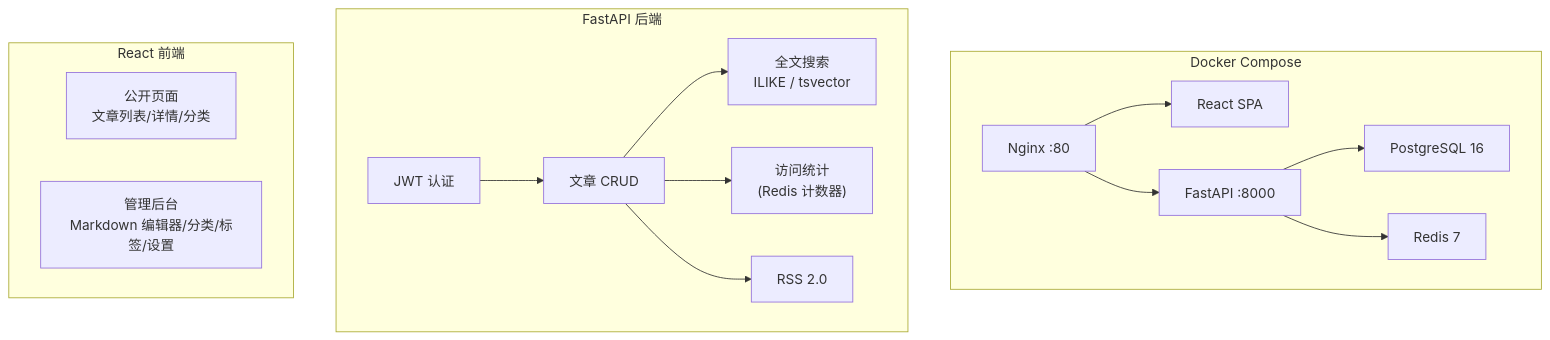
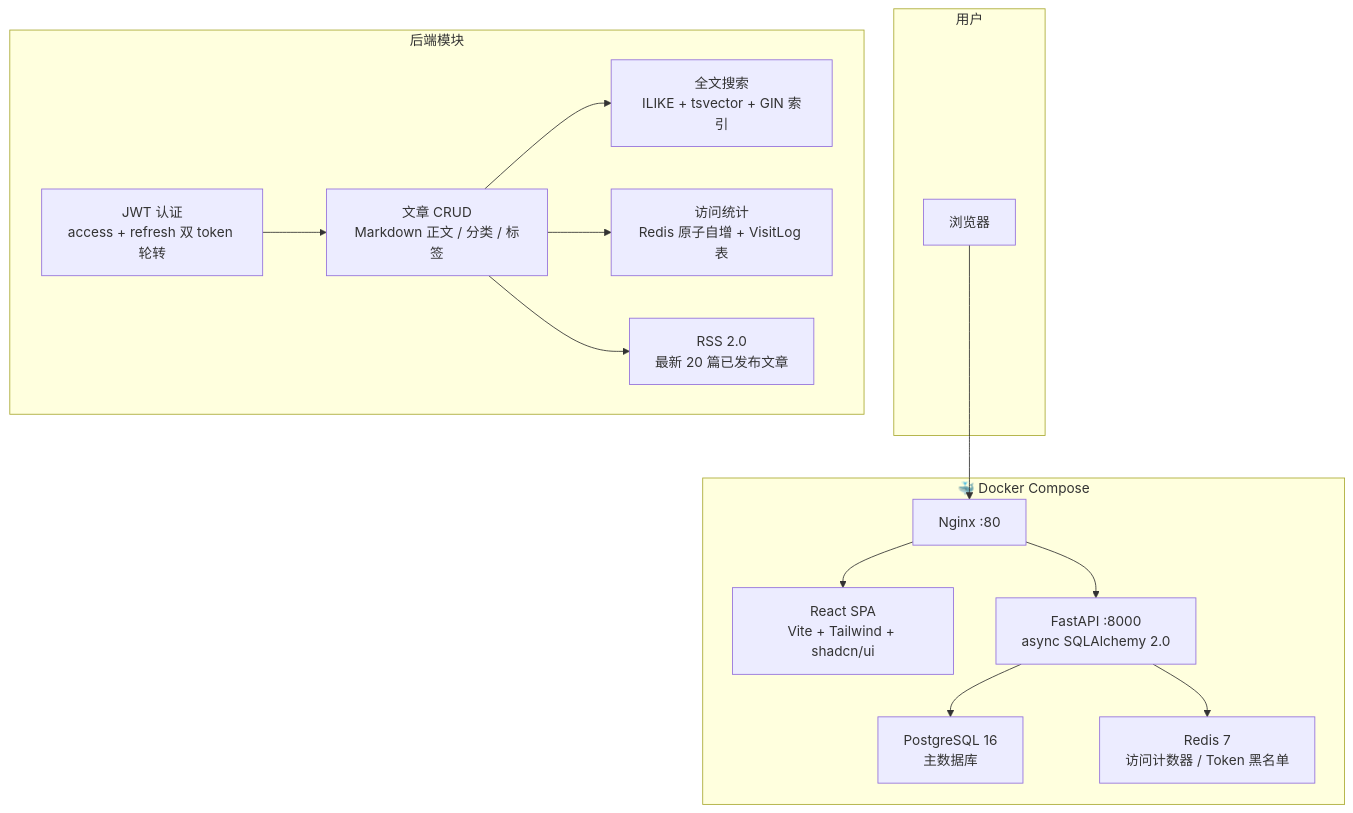
Before and after one commit to panzhaohu666/personal_blog: the diagram in README.md, drawn with Mermaid. The commit also changed other lines of this file, not shown here.

Commit message:
docs: comprehensive README with architecture, API table, env vars, deep features

````diff
--- a/README.md
+++ b/README.md
@@ -16,21 +20,27 @@
 ```mermaid
 graph TB
-    subgraph Docker["Docker Compose"]
-        N["Nginx :80"] --> F["React SPA"]
-        N --> B["FastAPI :8000"]
-        B --> P["PostgreSQL 16"]
-        B --> R["Redis 7"]
+    subgraph 用户
+        Browser["浏览器"]
     end
 
-    subgraph Backend["FastAPI 后端"]
-        Auth["JWT 认证"] --> Posts["文章 CRUD"]
-        Posts --> Search["全文搜索<br/>ILIKE / tsvector"]
-        Posts --> Stats["访问统计<br/>(Redis 计数器)"]
-        Posts --> RSS["RSS 2.0"]
+    subgraph Docker["🐳 Docker Compose"]
+        N["Nginx :80"] --> Frontend["React SPA<br/>Vite + Tailwind + shadcn/ui"]
+        N --> Backend["FastAPI :8000<br/>async SQLAlchemy 2.0"]
+        Backend --> PG["PostgreSQL 16<br/>主数据库"]
+        Backend --> R["Redis 7<br/>访问计数器 / Token 黑名单"]
     end
 
-    subgraph Frontend["React 前端"]
-        Public["公开页面<br/>文章列表/详情/分类"] 
-        Admin["管理后台<br/>Markdown 编辑器/分类/标签/设置"]
+    subgraph Backend_内部["后端模块"]
+        Auth["JWT 认证<br/>access + refresh 双 token 轮转"]
+        CRUD["文章 CRUD<br/>Markdown 正文 / 分类 / 标签"]
+        Search["全文搜索<br/>ILIKE + tsvector + GIN 索引"]
+        Stats["访问统计<br/>Redis 原子自增 + VisitLog 表"]
+        RSS["RSS 2.0<br/>最新 20 篇已发布文章"]
     end
+
+    Browser --> N
+    Auth --> CRUD
+    CRUD --> Search
+    CRUD --> Stats
+    CRUD --> RSS
 ```
````
